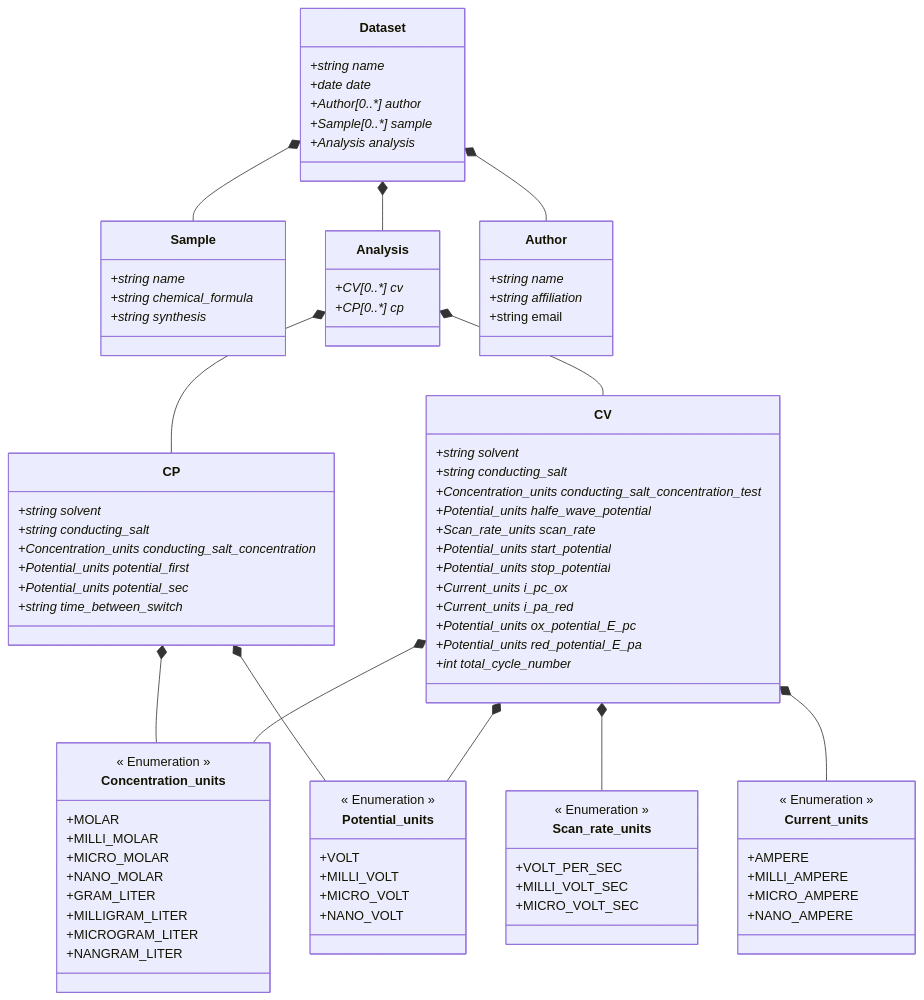
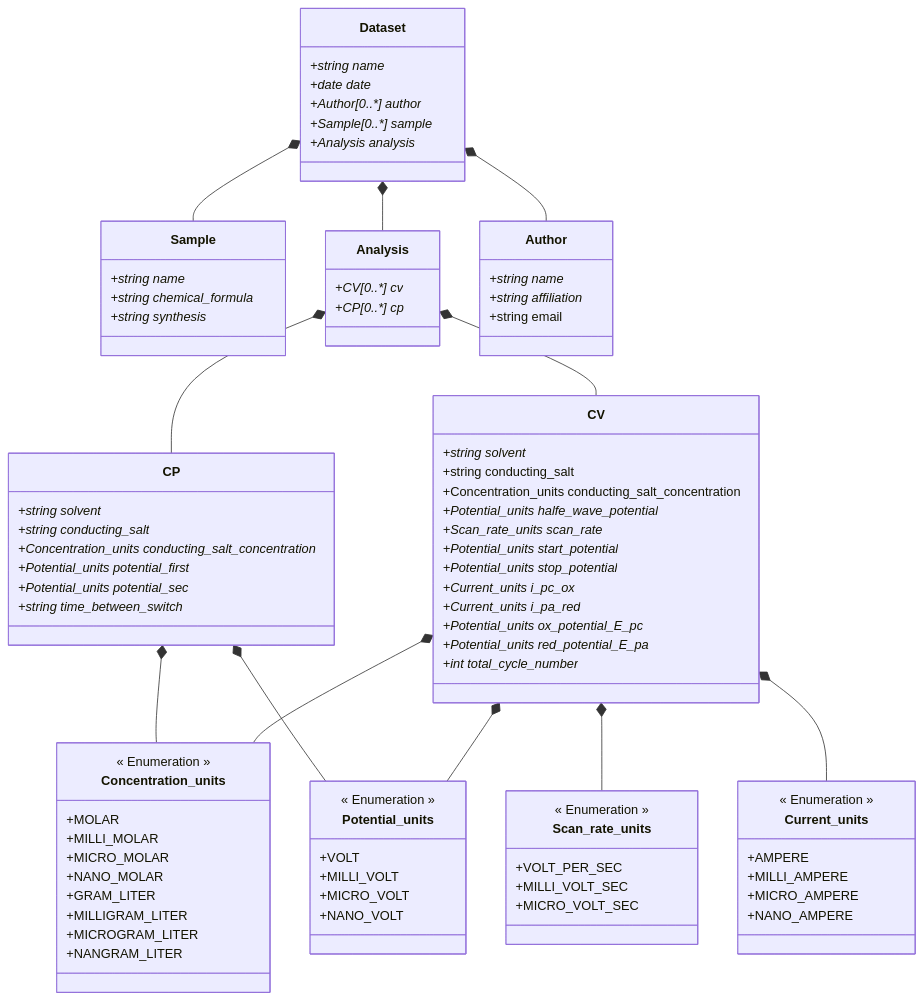
Before and after one commit to FAIRChemistry/datamodel-electrochemistry: the diagram in ElectrochemistryDataModel/schemes/electrochemistrydatamodel_schema.md, drawn with Mermaid. The commit also changed 7 other files, not shown here.

```diff
--- a/ElectrochemistryDataModel/schemes/electrochemistrydatamodel_schema.md
+++ b/ElectrochemistryDataModel/schemes/electrochemistrydatamodel_schema.md
@@ -42,8 +42,8 @@
     
     class CV {
         +string solvent*
-        +string conducting_salt*
-        +Concentration_units conducting_salt_concentration_test*
+        +string conducting_salt
+        +Concentration_units conducting_salt_concentration
         +Potential_units halfe_wave_potential*
         +Scan_rate_units scan_rate*
         +Potential_units start_potential*
```
